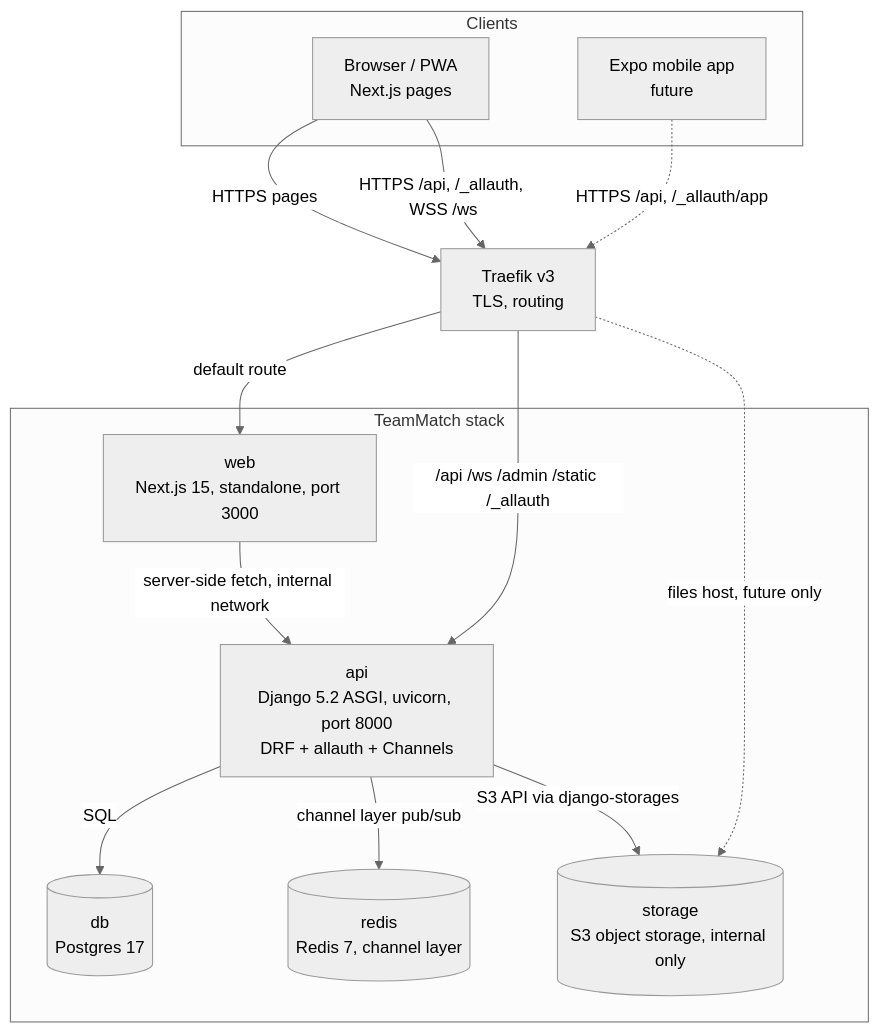
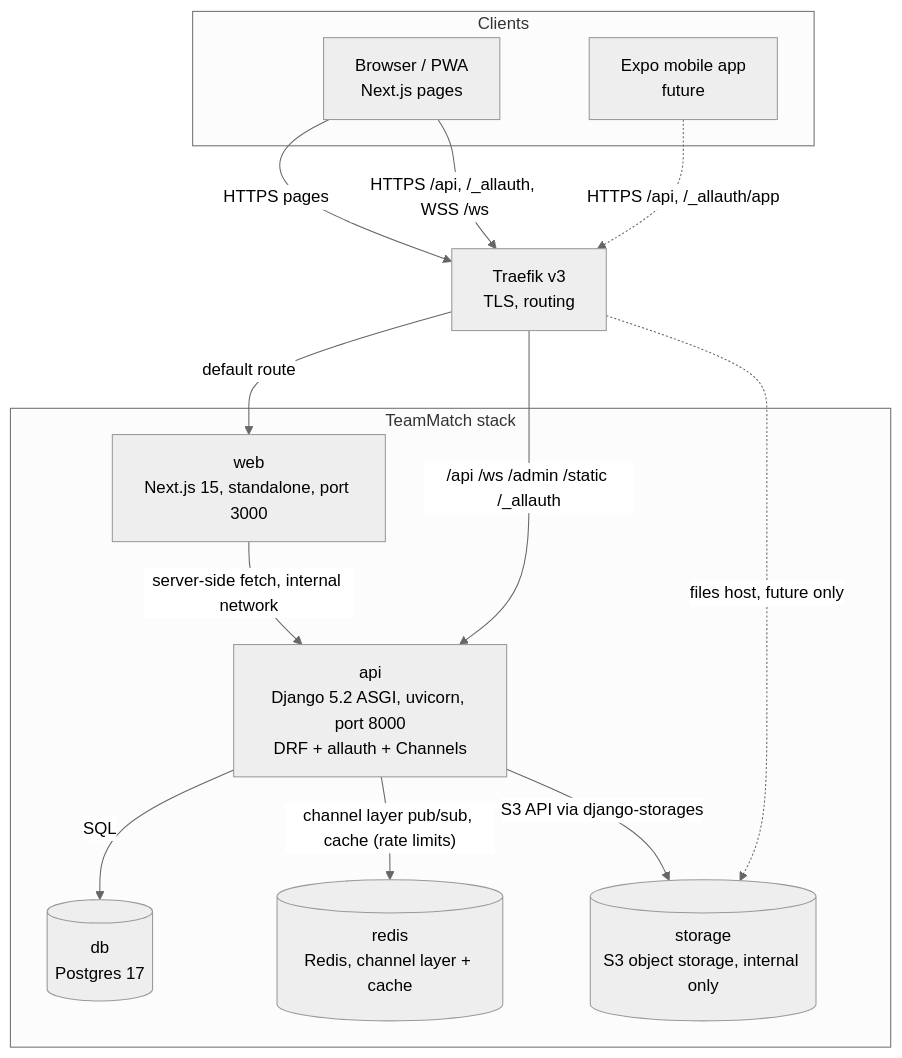
One commit to season101/teammatch changed the second of 2 diagrams in docs/architecture/overview.md. Above: the diagram before and after it, drawn with Mermaid (neutral theme). The commit also changed 13 other files, not shown here.

First line of the commit message:
fix(api): role skill cap, apply throttle, Redis cache (#253)

````diff
--- a/docs/architecture/overview.md
+++ b/docs/architecture/overview.md
@@ -52,30 +52,30 @@
 ```mermaid
 flowchart TB
     subgraph clients ["Clients"]
         browser["Browser / PWA<br/>Next.js pages"]
         expo["Expo mobile app<br/>future"]
     end
 
     traefik["Traefik v3<br/>TLS, routing"]
 
     subgraph stack ["TeamMatch stack"]
         web["web<br/>Next.js 15, standalone, port 3000"]
         api["api<br/>Django 5.2 ASGI, uvicorn, port 8000<br/>DRF + allauth + Channels"]
         db[("db<br/>Postgres 17")]
-        redis[("redis<br/>Redis 7, channel layer")]
+        redis[("redis<br/>Redis, channel layer + cache")]
         storage[("storage<br/>S3 object storage, internal only")]
     end
 
     browser -->|"HTTPS pages"| traefik
     browser -->|"HTTPS /api, /_allauth, WSS /ws"| traefik
     expo -.->|"HTTPS /api, /_allauth/app"| traefik
 
     traefik -->|"default route"| web
     traefik -->|"/api /ws /admin /static /_allauth"| api
     traefik -.->|"files host, future only"| storage
 
     web -->|"server-side fetch, internal network"| api
     api -->|"SQL"| db
-    api -->|"channel layer pub/sub"| redis
+    api -->|"channel layer pub/sub, cache (rate limits)"| redis
     api -->|"S3 API via django-storages"| storage
 ```
````
